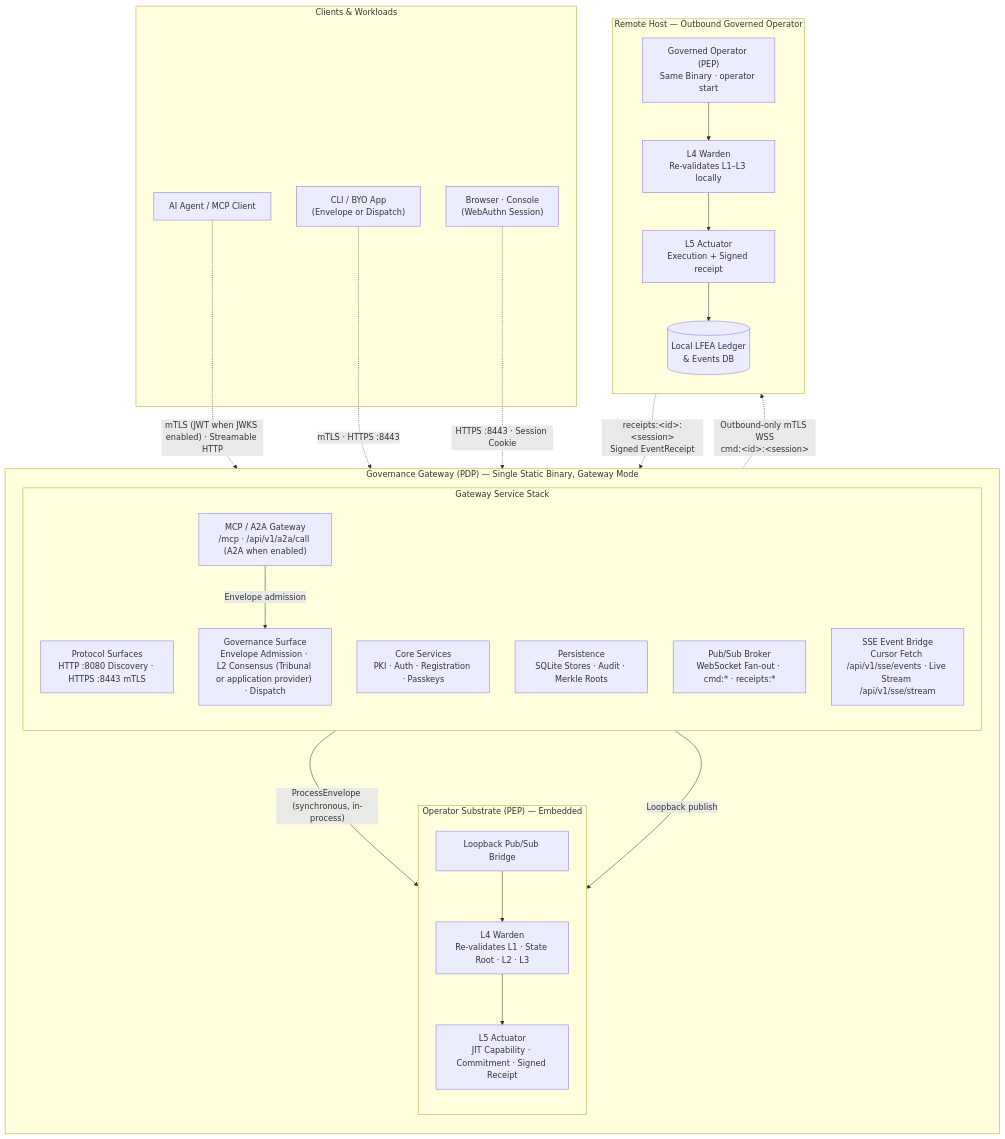
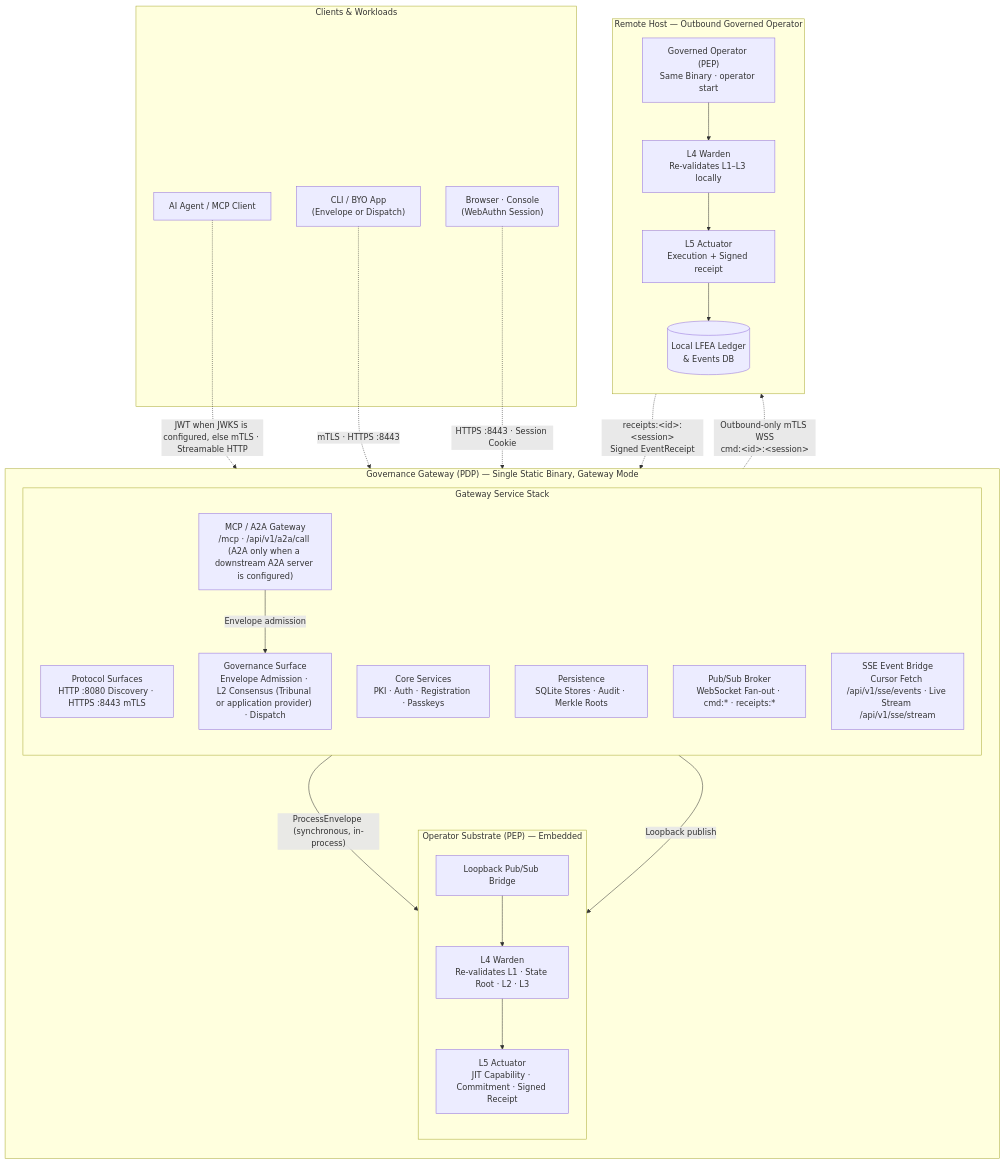
The diagram in docs/diagrams/graph-system-50k.md (zerotrustdata/ztd), drawn with Mermaid before and after one commit. The commit also changed other lines of this file and 216 other files, not shown here.

````diff
--- a/docs/diagrams/graph-system-50k.md
+++ b/docs/diagrams/graph-system-50k.md
@@ -30,51 +30,51 @@
 ```mermaid
 graph TD
     subgraph GatewayProcess ["Governance Gateway (PDP) — Single Static Binary, Gateway Mode"]
         direction TB
 
         subgraph GWStack ["Gateway Service Stack"]
             direction TB
             Surfaces["Protocol Surfaces<br/>HTTP :8080 Discovery · HTTPS :8443 mTLS"]
             Services["Core Services<br/>PKI · Auth · Registration · Passkeys"]
             Persistence["Persistence<br/>SQLite Stores · Audit · Merkle Roots"]
             Broker["Pub/Sub Broker<br/>WebSocket Fan-out · cmd:* · receipts:*"]
-            MCP["MCP / A2A Gateway<br/>/mcp · /api/v1/a2a/call (A2A when enabled)"]
+            MCP["MCP / A2A Gateway<br/>/mcp · /api/v1/a2a/call (A2A only when a downstream A2A server is configured)"]
             Gov["Governance Surface<br/>Envelope Admission · L2 Consensus (Tribunal or application provider) · Dispatch"]
             SSE["SSE Event Bridge<br/>Cursor Fetch /api/v1/sse/events · Live Stream /api/v1/sse/stream"]
         end
 
         subgraph OpSubstrate ["Operator Substrate (PEP) — Embedded"]
             direction TB
             Loopback["Loopback Pub/Sub Bridge"]
             L4["L4 Warden<br/>Re-validates L1 · State Root · L2 · L3"]
             L5["L5 Actuator<br/>JIT Capability · Commitment · Signed Receipt"]
             Loopback --> L4 --> L5
         end
 
         Gov -- "ProcessEnvelope (synchronous, in-process)" --> L4
         Broker -- "Loopback publish" --> Loopback
         MCP -- "Envelope admission" --> Gov
     end
 
     subgraph RemoteHost ["Remote Host — Outbound Governed Operator"]
         direction TB
         RemoteOp["Governed Operator (PEP)<br/>Same Binary · operator start"]
         RemoteL4["L4 Warden<br/>Re-validates L1–L3 locally"]
         RemoteL5["L5 Actuator<br/>Execution + Signed receipt"]
         RemoteLedger[("Local LFEA Ledger<br/>& Events DB")]
         RemoteOp --> RemoteL4 --> RemoteL5 --> RemoteLedger
     end
 
     subgraph Clients ["Clients & Workloads"]
         Agent["AI Agent / MCP Client"]
         BYO["CLI / BYO App<br/>(Envelope or Dispatch)"]
         Browser["Browser · Console<br/>(WebAuthn Session)"]
     end
 
-    Agent -. "mTLS (JWT when JWKS enabled) · Streamable HTTP" .-> Surfaces
+    Agent -. "JWT when JWKS is configured, else mTLS · Streamable HTTP" .-> Surfaces
     BYO -. "mTLS · HTTPS :8443" .-> Gov
     Browser -. "HTTPS :8443 · Session Cookie" .-> Surfaces
 
     Broker -. "Outbound-only mTLS WSS<br/>cmd:&lt;id&gt;:&lt;session&gt;" .-> RemoteOp
     RemoteOp -. "receipts:&lt;id&gt;:&lt;session&gt;<br/>Signed EventReceipt" .-> Broker
 ```
````
